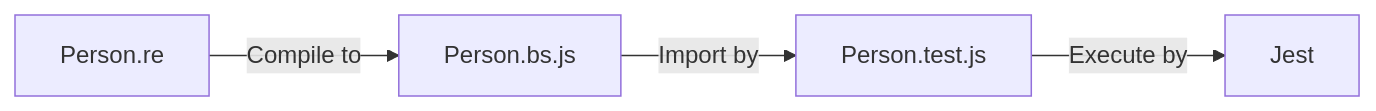
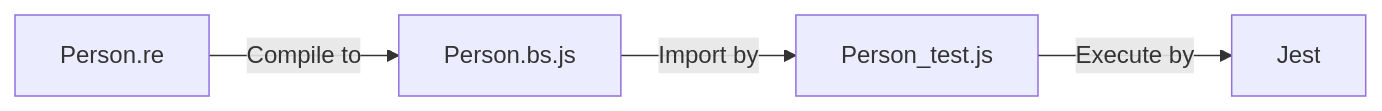
The second of 3 diagrams in docs/README.md (jihchi/reasonml-brief-intro-cht), drawn with Mermaid before and after one commit. The commit also changed other lines of this file, not shown here.

````diff
--- a/docs/README.md
+++ b/docs/README.md
@@ -230,6 +346,6 @@
 ```mermaid
 graph LR;
     RE["<center>Person.re</center>"] --> |Compile to| BSJS["<center>Person.bs.js</center>"];
-    BSJS --> |Import by| JS["<center>Person.test.js</center>"];
+    BSJS --> |Import by| JS["<center>Person_test.js</center>"];
     JS --> |Execute by| Jest;
 ```
````
